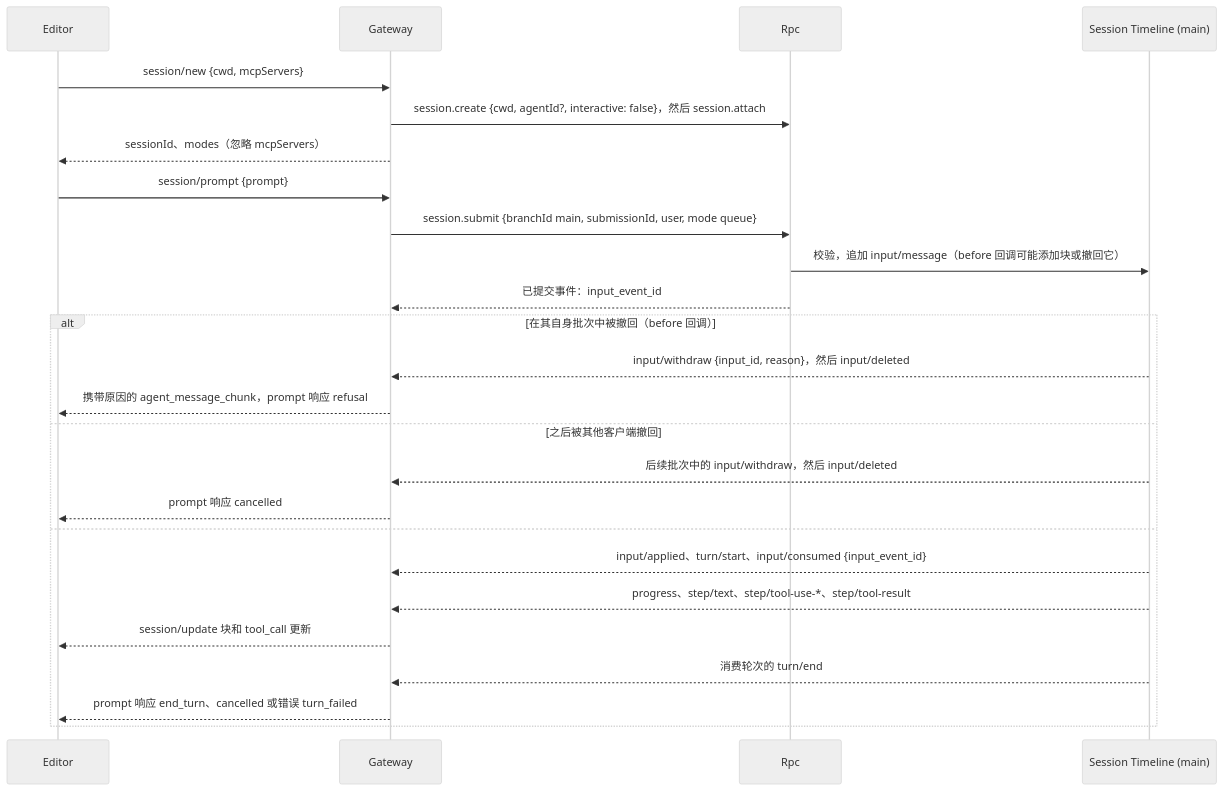
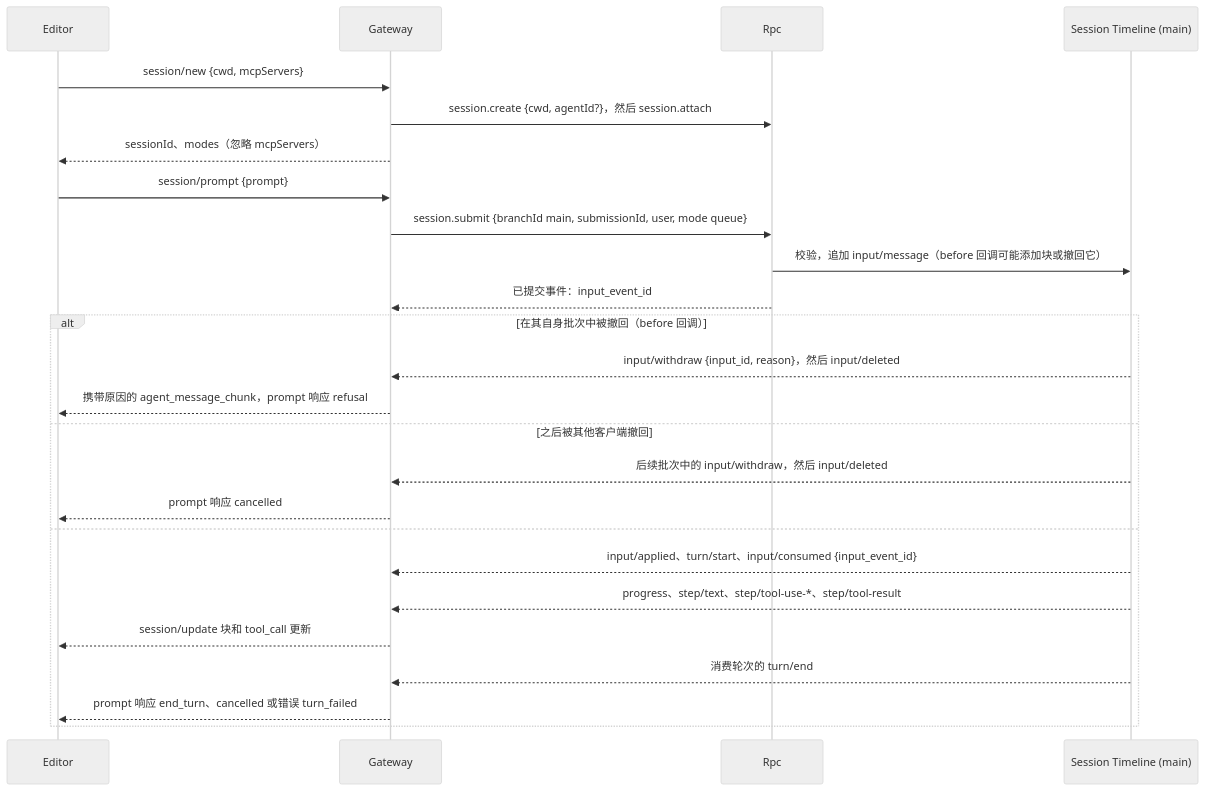
One commit to CoutinhoTTS/dim-agent changed the third of 5 diagrams in docs/zh/design/plugins/AcpGateway.md. Above: the diagram before and after it, drawn with Mermaid (neutral theme). The commit also changed other lines of this file and 7 other files, not shown here.

````diff
--- a/docs/zh/design/plugins/AcpGateway.md
+++ b/docs/zh/design/plugins/AcpGateway.md
@@ -67,27 +67,27 @@
 ```mermaid
 sequenceDiagram
   participant E as Editor
   participant G as Gateway
   participant R as Rpc
   participant TL as Session Timeline (main)
   E->>G: session/new {cwd, mcpServers}
-  G->>R: session.create {cwd, agentId?, interactive: false}，然后 session.attach
+  G->>R: session.create {cwd, agentId?}，然后 session.attach
   G-->>E: sessionId、modes（忽略 mcpServers）
   E->>G: session/prompt {prompt}
   G->>R: session.submit {branchId main, submissionId, user, mode queue}
   R->>TL: 校验，追加 input/message（before 回调可能添加块或撤回它）
   R-->>G: 已提交事件：input_event_id
   alt 在其自身批次中被撤回（before 回调）
     TL-->>G: input/withdraw {input_id, reason}，然后 input/deleted
     G-->>E: 携带原因的 agent_message_chunk，prompt 响应 refusal
   else 之后被其他客户端撤回
     TL-->>G: 后续批次中的 input/withdraw，然后 input/deleted
     G-->>E: prompt 响应 cancelled
   else
   TL-->>G: input/applied、turn/start、input/consumed {input_event_id}
   TL-->>G: progress、step/text、step/tool-use-*、step/tool-result
   G-->>E: session/update 块和 tool_call 更新
   TL-->>G: 消费轮次的 turn/end
   G-->>E: prompt 响应 end_turn、cancelled 或错误 turn_failed
   end
 ```
````
